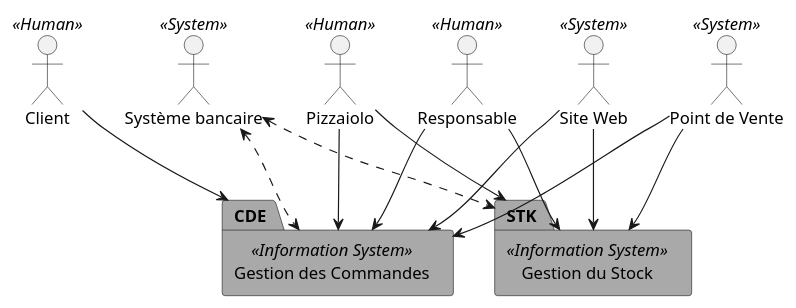
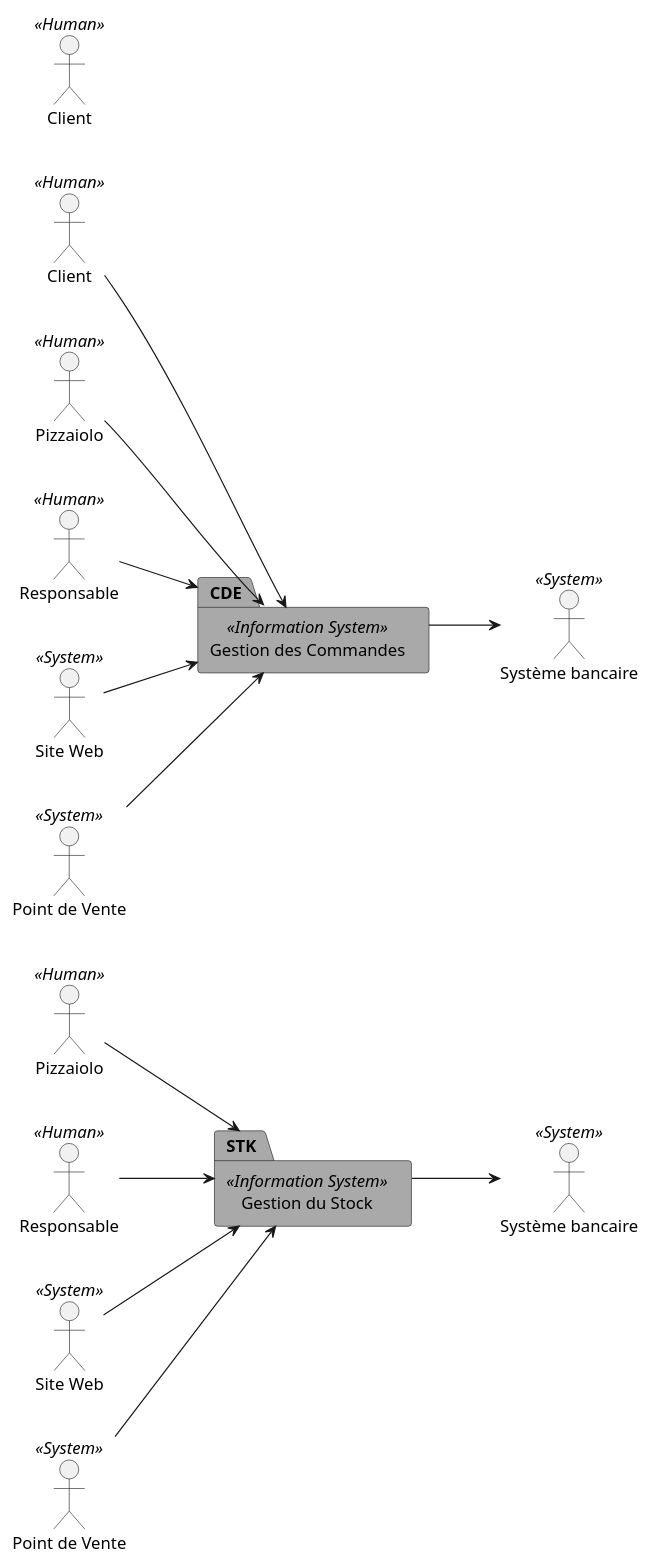
The diagram in uml/src/package-diagram.puml (rvallet/oc-pizza), drawn with PlantUML before and after one commit. The commit also changed 1 other file, not shown here.

```diff
--- a/uml/src/package-diagram.puml
+++ b/uml/src/package-diagram.puml
@@ -1,52 +1,69 @@
 @startuml
-:Client: << Human >>
-:Pizzaiolo: << Human >>
-:Responsable: << Human >>
-:Client: << Human >>
+/' Start UML Class '/
 
-:Site Web: << System >> as Web
-:Point de Vente: << System >> as PDV
-:Système bancaire: << System >> as Bank
+/' Flow Direction '/
+left to right direction
 
+/' Actor and Entity '/
+:Client: << Human >> as C1
+:Pizzaiolo: << Human >> as P1
+:Pizzaiolo: << Human >> as P2
+:Responsable: << Human >> as R1
+:Responsable: << Human >> as R2
+:Client: << Human >> as C2
+
+:Site Web: << System >> as Web1
+:Site Web: << System >> as Web2
+:Point de Vente: << System >> as PDV1
+:Point de Vente: << System >> as PDV2
+:Système bancaire: << System >> as Bank1
+:Système bancaire: << System >> as Bank2
+
+/' Packages '/
 package "Gestion des Commandes" <<Information System>> as "CDE" #A9A9A9 {
 }
 
 package "Gestion du Stock" <<Information System>> as STK #A9A9A9 {
 }
 
-Client --> CDE
-Pizzaiolo --> CDE
-Responsable --> CDE
-Web --> CDE
-PDV --> CDE
-Bank <..> CDE
+/' Ordering actor and entity '/
+CDE -[hidden] STK
 
-Pizzaiolo --> STK
-Responsable --> STK
-Web --> STK
-PDV --> STK
-Bank <..> STK
+/' Relationship CDE '/
+C1 --> CDE
+P1 --> CDE
+R1 --> CDE
+Web1 --> CDE
+PDV1 --> CDE
+CDE --> Bank1
+
+/' Relationship STK '/
+P2 --> STK
+R2 --> STK
+Web2 --> STK
+PDV2 --> STK
+STK --> Bank2
 
 
 
 /'
 :Main Admin: as Admin
 (Use the application) as (Use)
 
 User -> (Start)
 User --> (Use)
 
 Admin ---> (Use)
 
 note right of Admin : This is an example.
 
 note right of (Use)
 A note can also
 be on several lines
 end note
 
 note "This note is connected\nto several objects." as N2
 (Start) .. N2
 N2 .. (Use)
 '/
 @enduml
```
